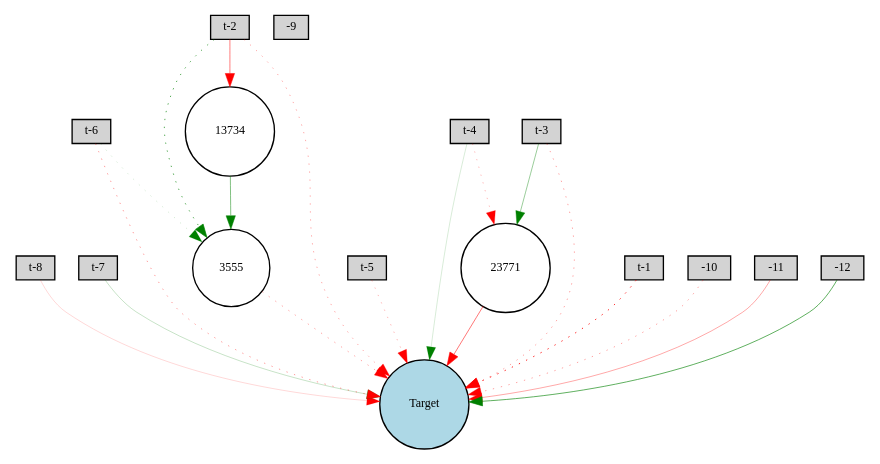
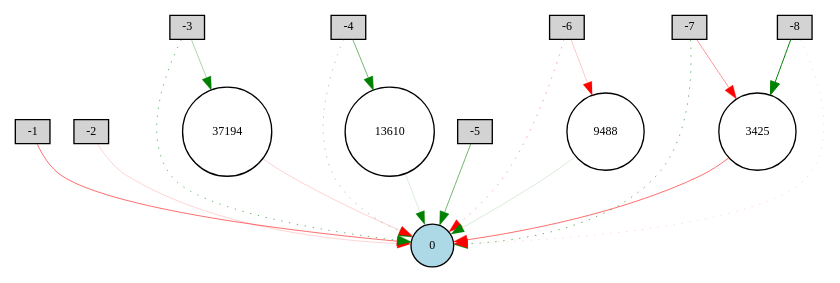
One commit to lafengxiaoyu/ENN changed the diagram in sunspot/Digraph.gv. Above: the diagram before and after it, drawn with Graphviz. The commit also changed 31 other files, not shown here.

```diff
--- a/sunspot/Digraph.gv
+++ b/sunspot/Digraph.gv
@@ -1,38 +1,33 @@
 digraph {
 	node [fontsize=9 height=0.2 shape=circle width=0.2]
-	"t-8" [fillcolor=lightgray shape=box style=filled]
-	"t-7" [fillcolor=lightgray shape=box style=filled]
-	"t-6" [fillcolor=lightgray shape=box style=filled]
-	"t-5" [fillcolor=lightgray shape=box style=filled]
-	"t-4" [fillcolor=lightgray shape=box style=filled]
-	"t-3" [fillcolor=lightgray shape=box style=filled]
-	"t-2" [fillcolor=lightgray shape=box style=filled]
-	"t-1" [fillcolor=lightgray shape=box style=filled]
-	-9 [fillcolor=lightgray shape=box style=filled]
-	-10 [fillcolor=lightgray shape=box style=filled]
-	-11 [fillcolor=lightgray shape=box style=filled]
-	-12 [fillcolor=lightgray shape=box style=filled]
-	Target [fillcolor=lightblue style=filled]
-	3555 [fillcolor=white style=filled]
-	13734 [fillcolor=white style=filled]
-	23771 [fillcolor=white style=filled]
-	"t-8" -> Target [color=red penwidth=0.11930091222437383 style=solid]
-	"t-7" -> Target [color=green penwidth=0.1710925563072178 style=solid]
-	"t-6" -> Target [color=red penwidth=0.3037248139239592 style=dotted]
-	"t-5" -> Target [color=red penwidth=0.21844234233501175 style=dotted]
-	"t-4" -> Target [color=green penwidth=0.11632139528026508 style=solid]
-	"t-3" -> Target [color=red penwidth=0.2842584730755019 style=dotted]
-	"t-2" -> Target [color=red penwidth=0.2592645121560057 style=dotted]
-	"t-1" -> Target [color=red penwidth=0.6505448921534644 style=dotted]
-	-11 -> Target [color=red penwidth=0.2627791163933019 style=solid]
-	-12 -> Target [color=green penwidth=0.4674317087263624 style=solid]
-	-10 -> Target [color=red penwidth=0.27845801190368613 style=dotted]
-	"t-2" -> 3555 [color=green penwidth=0.5025982433158217 style=dotted]
-	3555 -> Target [color=red penwidth=0.27133708680753327 style=dotted]
-	"t-6" -> 3555 [color=green penwidth=0.1261931591717127 style=dotted]
-	"t-2" -> 13734 [color=red penwidth=0.3910772226915342 style=solid]
-	13734 -> 3555 [color=green penwidth=0.36798311608478573 style=solid]
-	"t-3" -> 23771 [color=green penwidth=0.29677204078104114 style=solid]
-	23771 -> Target [color=red penwidth=0.40476343505995327 style=solid]
-	"t-4" -> 23771 [color=red penwidth=0.21198807391676372 style=dotted]
+	-1 [fillcolor=lightgray shape=box style=filled]
+	-2 [fillcolor=lightgray shape=box style=filled]
+	-3 [fillcolor=lightgray shape=box style=filled]
+	-4 [fillcolor=lightgray shape=box style=filled]
+	-5 [fillcolor=lightgray shape=box style=filled]
+	-6 [fillcolor=lightgray shape=box style=filled]
+	-7 [fillcolor=lightgray shape=box style=filled]
+	-8 [fillcolor=lightgray shape=box style=filled]
+	0 [fillcolor=lightblue style=filled]
+	3425 [fillcolor=white style=filled]
+	13610 [fillcolor=white style=filled]
+	37194 [fillcolor=white style=filled]
+	9488 [fillcolor=white style=filled]
+	-1 -> 0 [color=red penwidth=0.42667211770709257 style=solid]
+	-2 -> 0 [color=red penwidth=0.12684285896328787 style=solid]
+	-3 -> 0 [color=green penwidth=0.4401009468005145 style=dotted]
+	-4 -> 0 [color=green penwidth=0.26506637384832793 style=dotted]
+	-5 -> 0 [color=green penwidth=0.4219800413676724 style=solid]
+	-6 -> 0 [color=red penwidth=0.29799472986739384 style=dotted]
+	-7 -> 0 [color=green penwidth=0.4592377283717506 style=dotted]
+	-8 -> 0 [color=red penwidth=0.12294646848976747 style=dotted]
+	-8 -> 3425 [color=green penwidth=0.7522293626545007 style=solid]
+	3425 -> 0 [color=red penwidth=0.4250966432853809 style=solid]
+	-7 -> 3425 [color=red penwidth=0.30775499864762657 style=solid]
+	-6 -> 9488 [color=red penwidth=0.16918580858802063 style=solid]
+	9488 -> 0 [color=green penwidth=0.11950550235279972 style=solid]
+	-4 -> 13610 [color=green penwidth=0.4193911738506526 style=solid]
+	13610 -> 0 [color=green penwidth=0.11053651795764852 style=solid]
+	-3 -> 37194 [color=green penwidth=0.24769130738173467 style=solid]
+	37194 -> 0 [color=red penwidth=0.13662650569032928 style=solid]
 }
```
